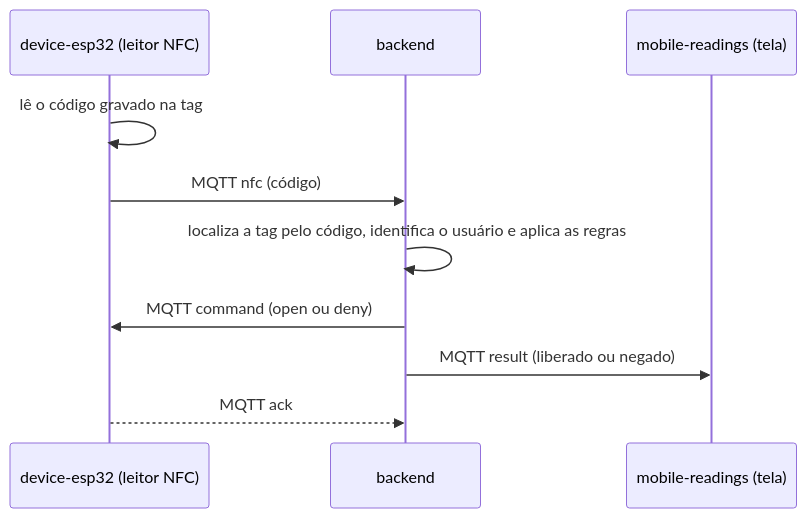
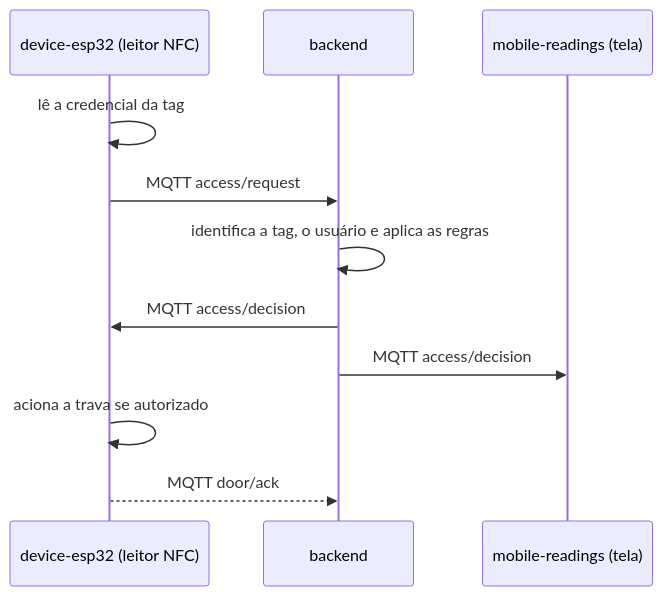
The third of 5 diagrams in docs/arquitetura.md (Helloworld-fatec/access-control), drawn with Mermaid before and after one commit. The commit also changed other lines of this file and 3 other files, not shown here.

````diff
--- a/docs/arquitetura.md
+++ b/docs/arquitetura.md
@@ -160,13 +164,14 @@
 ```mermaid
 sequenceDiagram
   participant E as device-esp32 (leitor NFC)
   participant B as backend
   participant T as mobile-readings (tela)
 
-  E->>E: lê o código gravado na tag
-  E->>B: MQTT nfc (código)
-  B->>B: localiza a tag pelo código, identifica o usuário e aplica as regras
-  B->>E: MQTT command (open ou deny)
-  B->>T: MQTT result (liberado ou negado)
-  E-->>B: MQTT ack
+  E->>E: lê a credencial da tag
+  E->>B: MQTT access/request
+  B->>B: identifica a tag, o usuário e aplica as regras
+  B->>E: MQTT access/decision
+  B->>T: MQTT access/decision
+  E->>E: aciona a trava se autorizado
+  E-->>B: MQTT door/ack
 ```
````
